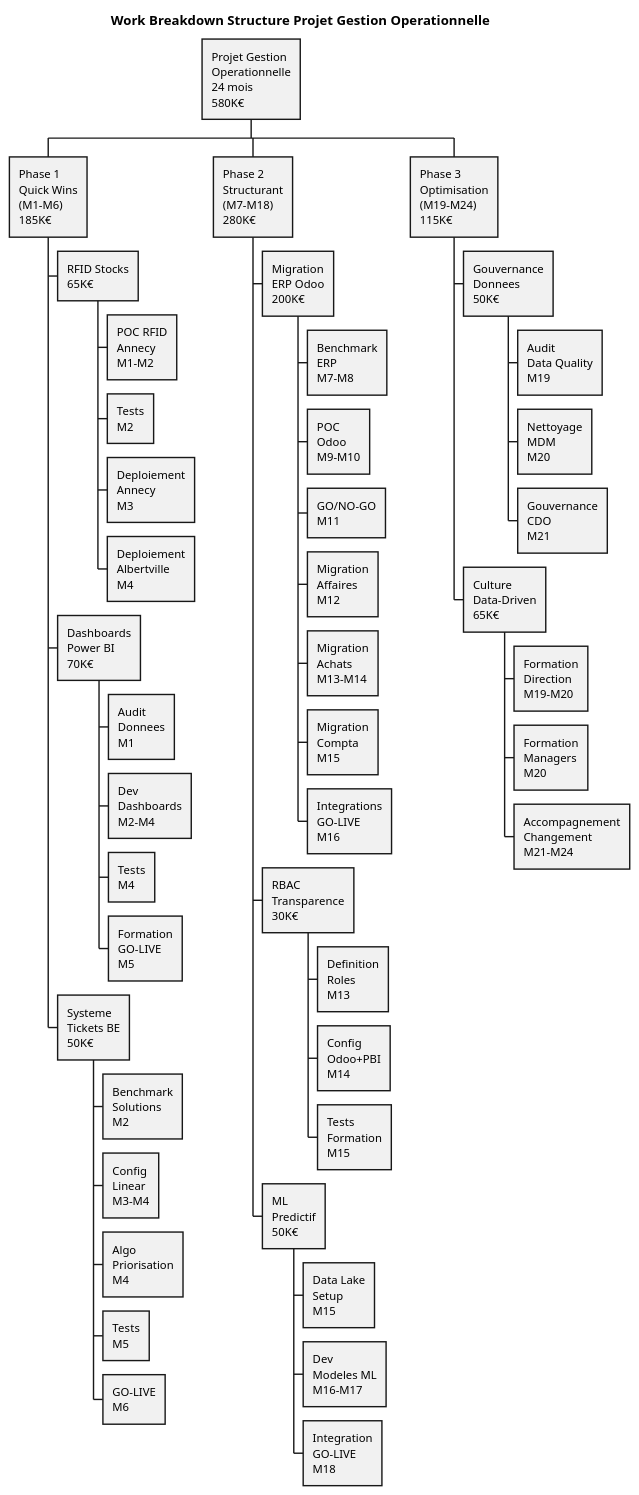
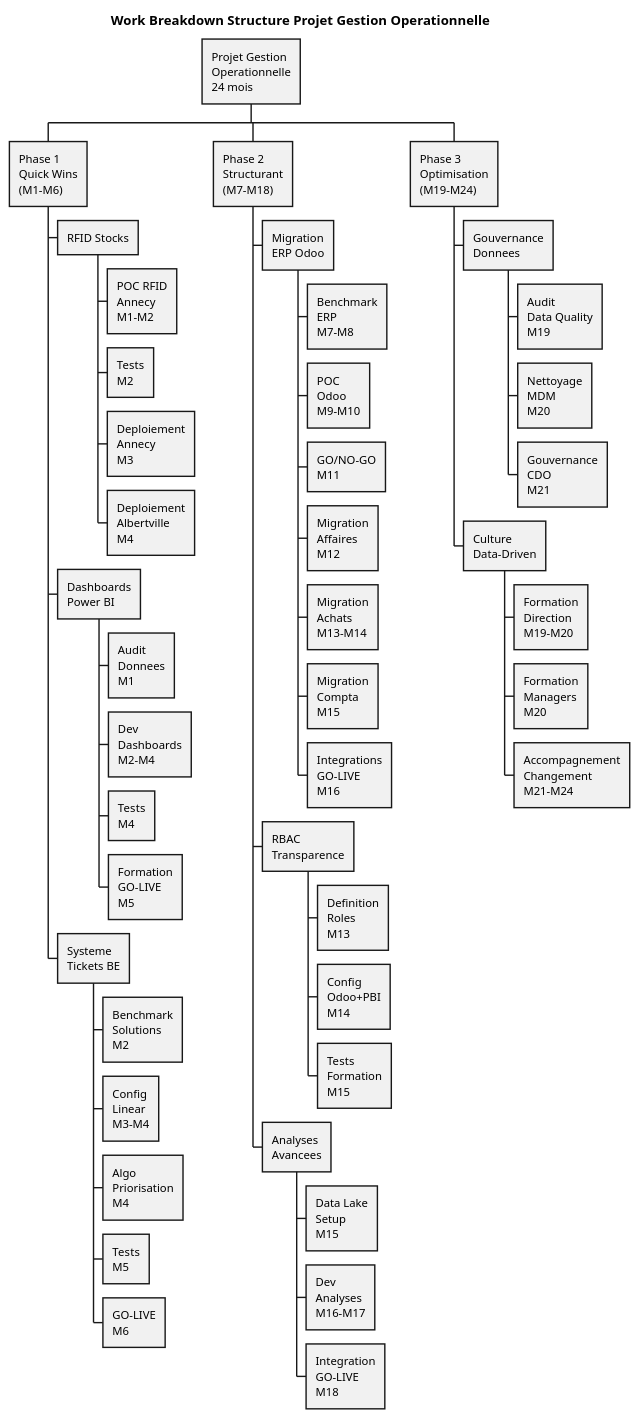
The diagram in Gestion-Operationnelle/uml/10_wbs_projet.puml (JordanSerafini/Audit_Duret), drawn with PlantUML before and after one commit. The commit also changed 4 other files, not shown here.

```diff
--- a/Gestion-Operationnelle/uml/10_wbs_projet.puml
+++ b/Gestion-Operationnelle/uml/10_wbs_projet.puml
@@ -1,61 +1,61 @@
 @startwbs WBS_Projet
 
 title Work Breakdown Structure Projet Gestion Operationnelle
 
-* Projet Gestion\nOperationnelle\n24 mois\n580K€
+* Projet Gestion\nOperationnelle\n24 mois
 
-** Phase 1\nQuick Wins\n(M1-M6)\n185K€
+** Phase 1\nQuick Wins\n(M1-M6)
 
-*** RFID Stocks\n65K€
+*** RFID Stocks
 **** POC RFID\nAnnecy\nM1-M2
 **** Tests\nM2
 **** Deploiement\nAnnecy\nM3
 **** Deploiement\nAlbertville\nM4
 
-*** Dashboards\nPower BI\n70K€
+*** Dashboards\nPower BI
 **** Audit\nDonnees\nM1
 **** Dev\nDashboards\nM2-M4
 **** Tests\nM4
 **** Formation\nGO-LIVE\nM5
 
-*** Systeme\nTickets BE\n50K€
+*** Systeme\nTickets BE
 **** Benchmark\nSolutions\nM2
 **** Config\nLinear\nM3-M4
 **** Algo\nPriorisation\nM4
 **** Tests\nM5
 **** GO-LIVE\nM6
 
-** Phase 2\nStructurant\n(M7-M18)\n280K€
+** Phase 2\nStructurant\n(M7-M18)
 
-*** Migration\nERP Odoo\n200K€
+*** Migration\nERP Odoo
 **** Benchmark\nERP\nM7-M8
 **** POC\nOdoo\nM9-M10
 **** GO/NO-GO\nM11
 **** Migration\nAffaires\nM12
 **** Migration\nAchats\nM13-M14
 **** Migration\nCompta\nM15
 **** Integrations\nGO-LIVE\nM16
 
-*** RBAC\nTransparence\n30K€
+*** RBAC\nTransparence
 **** Definition\nRoles\nM13
 **** Config\nOdoo+PBI\nM14
 **** Tests\nFormation\nM15
 
-*** ML\nPredictif\n50K€
+*** Analyses\nAvancees
 **** Data Lake\nSetup\nM15
-**** Dev\nModeles ML\nM16-M17
+**** Dev\nAnalyses\nM16-M17
 **** Integration\nGO-LIVE\nM18
 
-** Phase 3\nOptimisation\n(M19-M24)\n115K€
+** Phase 3\nOptimisation\n(M19-M24)
 
-*** Gouvernance\nDonnees\n50K€
+*** Gouvernance\nDonnees
 **** Audit\nData Quality\nM19
 **** Nettoyage\nMDM\nM20
 **** Gouvernance\nCDO\nM21
 
-*** Culture\nData-Driven\n65K€
+*** Culture\nData-Driven
 **** Formation\nDirection\nM19-M20
 **** Formation\nManagers\nM20
 **** Accompagnement\nChangement\nM21-M24
 
 @endwbs
```
